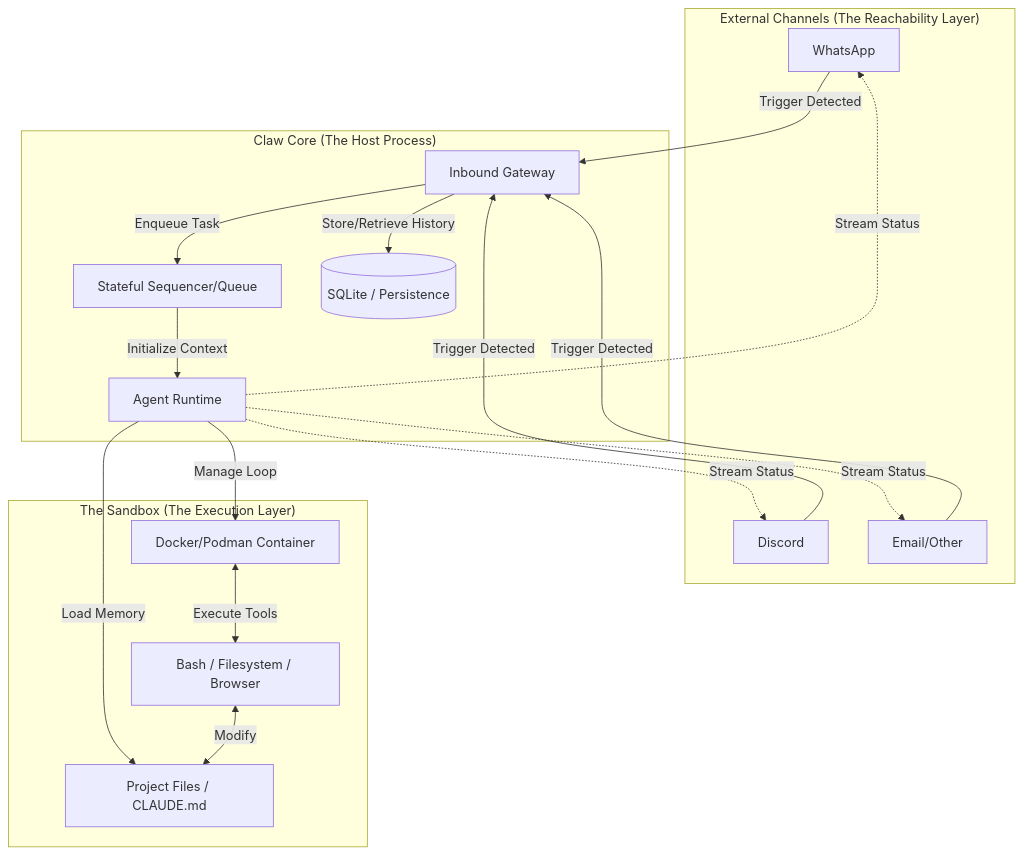
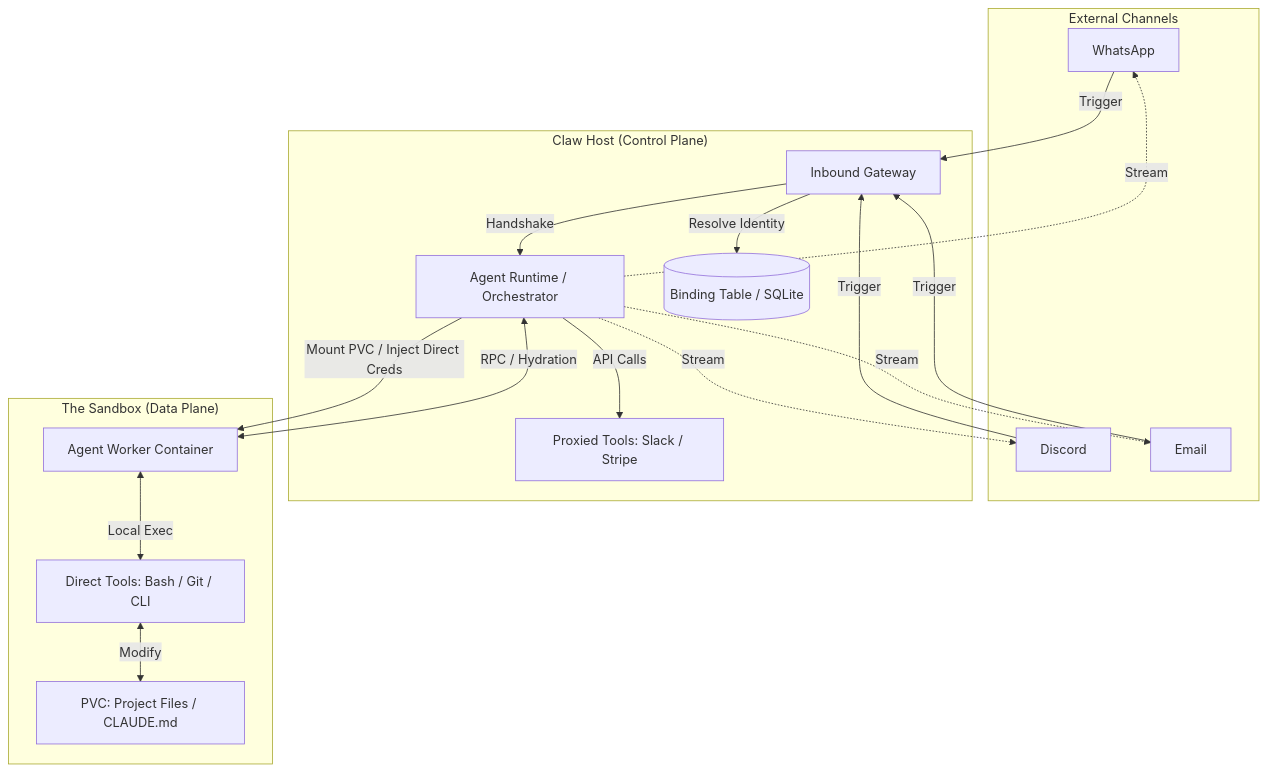
The diagram in docs/design/v3-specification/02-architecture-overview.md (allenporter/kube-claw), drawn with Mermaid before and after one commit. The commit also changed other lines of this file and 6 other files, not shown here.

````diff
--- a/docs/design/v3-specification/02-architecture-overview.md
+++ b/docs/design/v3-specification/02-architecture-overview.md
@@ -9,32 +9,32 @@
 ```mermaid
 graph TD
-    subgraph "External Channels (The Reachability Layer)"
+    subgraph "External Channels"
         WA[WhatsApp]
         DS[Discord]
-        EM[Email/Other]
+        EM[Email]
     end
 
-    subgraph "Claw Core (The Host Process)"
+    subgraph "Claw Host (Control Plane)"
         Gateway[Inbound Gateway]
-        Queue[Stateful Sequencer/Queue]
-        Runtime[Agent Runtime]
-        DB[(SQLite / Persistence)]
+        Runtime[Agent Runtime / Orchestrator]
+        DB[(Binding Table / SQLite)]
+        ProxiedTools[Proxied Tools: Slack / Stripe]
     end
 
-    subgraph "The Sandbox (The Execution Layer)"
-        Container[Docker/Podman Container]
-        Tools[Bash / Filesystem / Browser]
-        Workspace[Project Files / CLAUDE.md]
+    subgraph "The Sandbox (Data Plane)"
+        Container[Agent Worker Container]
+        DirectTools[Direct Tools: Bash / Git / CLI]
+        Workspace[PVC: Project Files / CLAUDE.md]
     end
 
     %% Flow
-    WA & DS & EM -->|Trigger Detected| Gateway
-    Gateway -->|Store/Retrieve History| DB
-    Gateway -->|Enqueue Task| Queue
-    Queue -->|Initialize Context| Runtime
-    Runtime -->|Load Memory| Workspace
-    Runtime -->|Manage Loop| Container
-    Container <-->|Execute Tools| Tools
-    Tools <-->|Modify| Workspace
-    Runtime -.->|Stream Status| WA & DS & EM
+    WA & DS & EM -->|Trigger| Gateway
+    Gateway -->|Resolve Identity| DB
+    Gateway -->|Handshake| Runtime
+    Runtime -->|Mount PVC / Inject Direct Creds| Container
+    Container <-->|Local Exec| DirectTools
+    Container <-->|RPC / Hydration| Runtime
+    Runtime -->|API Calls| ProxiedTools
+    DirectTools <-->|Modify| Workspace
+    Runtime -.->|Stream| WA & DS & EM
 ```
````
